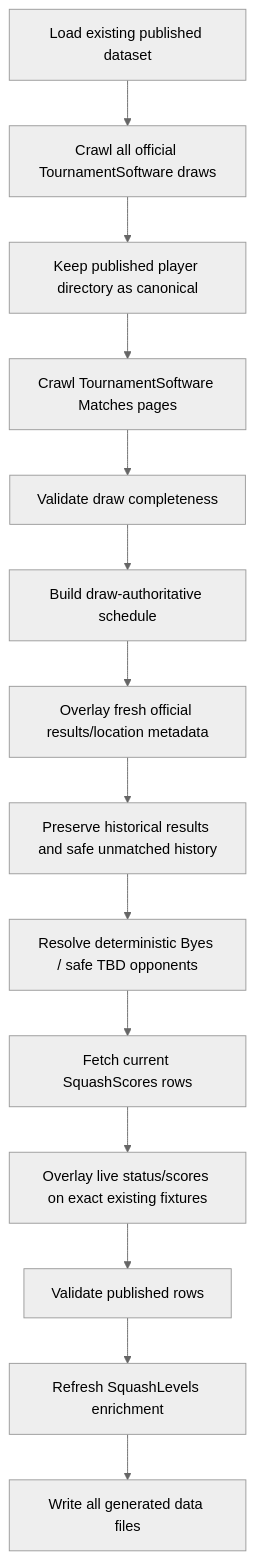
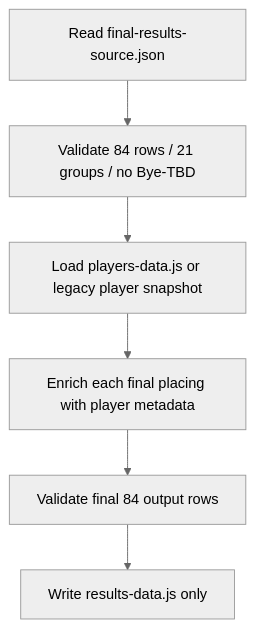
The second of 2 diagrams in README.md (RogerSchmidlin/WorldSquashMasters2026), drawn with Mermaid (neutral theme) before and after one commit. The commit also changed other lines of this file and 25 other files, not shown here.

````diff
--- a/README.md
+++ b/README.md
@@ -380,19 +561,11 @@
 ```mermaid
 flowchart TD
-    A[Load existing published dataset]
-    B[Crawl all official TournamentSoftware draws]
-    C[Keep published player directory as canonical]
-    D[Crawl TournamentSoftware Matches pages]
-    E[Validate draw completeness]
-    F[Build draw-authoritative schedule]
-    G[Overlay fresh official results/location metadata]
-    H[Preserve historical results and safe unmatched history]
-    I[Resolve deterministic Byes / safe TBD opponents]
-    J[Fetch current SquashScores rows]
-    K[Overlay live status/scores on exact existing fixtures]
-    L[Validate published rows]
-    M[Refresh SquashLevels enrichment]
-    N[Write all generated data files]
+    A[Read final-results-source.json]
+    B[Validate 84 rows / 21 groups / no Bye-TBD]
+    C[Load players-data.js or legacy player snapshot]
+    D[Enrich each final placing with player metadata]
+    E[Validate final 84 output rows]
+    F[Write results-data.js only]
 
-    A --> B --> C --> D --> E --> F --> G --> H --> I --> J --> K --> L --> M --> N
+    A --> B --> C --> D --> E --> F
 ```
````
